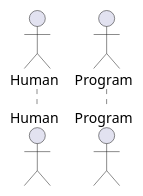
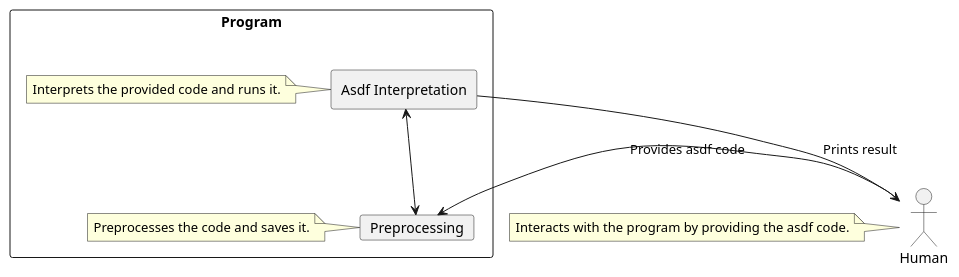
Before and after one commit to Lion-alt/AsdfInterpreter: the diagram in doc/src/03_system_scope_and_context.adoc, drawn with PlantUML. The commit also changed 10 other files, not shown here.

```diff
--- a/doc/src/03_system_scope_and_context.adoc
+++ b/doc/src/03_system_scope_and_context.adoc
@@ -11,14 +11,25 @@
 [plantuml]
 ----
 @startuml
-actor Human 
+actor Human
 note left: Interacts with the program by providing the asdf code.
-actor Program
-note left: Interprets the provided code and runs it.
+rectangle Program
 
 
+
+
+rectangle "Program" {
+    rectangle "Asdf Interpretation" as SRAM
+note left: Interprets the provided code and runs it.
+    card "Preprocessing"  as CFG
+    note left: Preprocesses the code and saves it.
+}
+
+SRAM <--> CFG
+Human   --> CFG: "Provides asdf code"
+SRAM --> Human: "Prints result"
 
 
 
 @enduml
 ----
```
